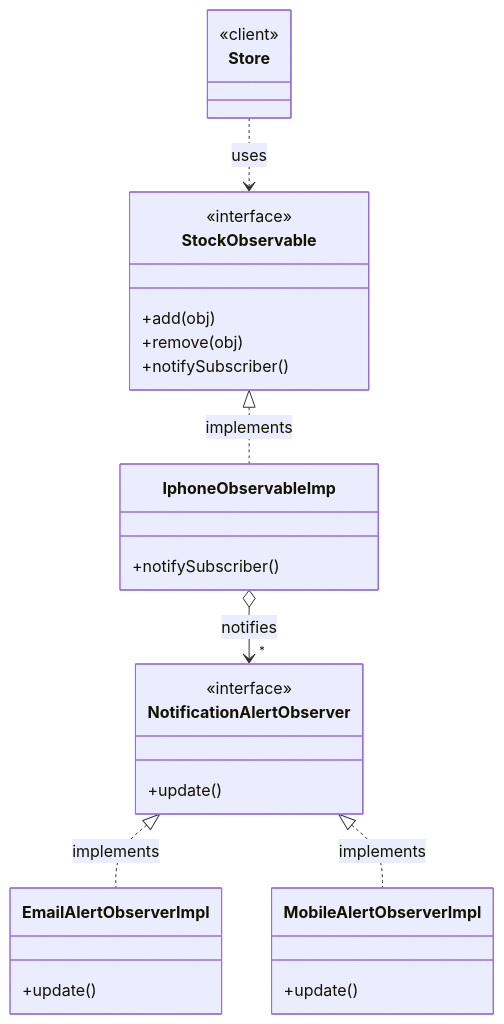
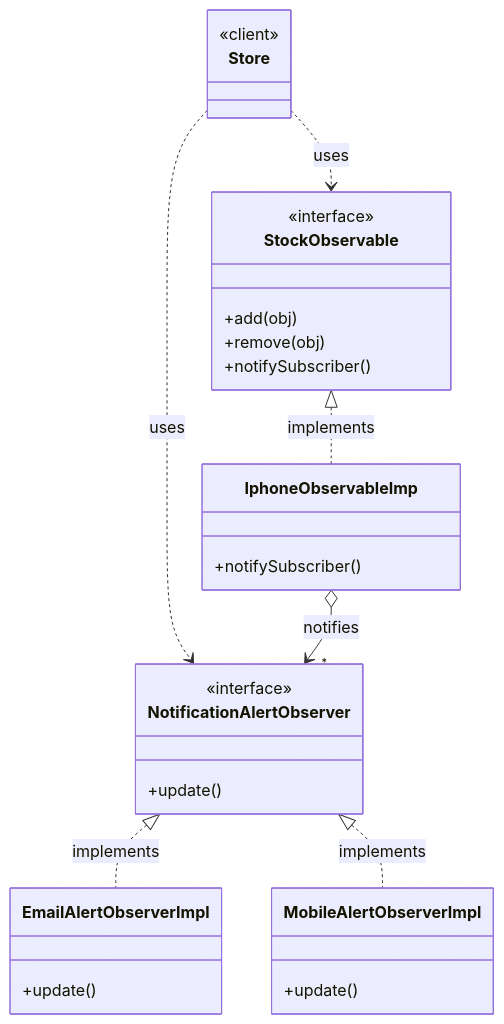
One commit to Reetesh-123/Low-Level-Design changed the diagram in src/BehavioralDesignPatterns/ObserverPattern/class-diagram.md. Above: the diagram before and after it, drawn with Mermaid. The commit also changed other lines of this file, not shown here.

First line of the commit message:
Combine top-down and side-by-side layout in Observer diagram

````diff
--- a/src/BehavioralDesignPatterns/ObserverPattern/class-diagram.md
+++ b/src/BehavioralDesignPatterns/ObserverPattern/class-diagram.md
@@ -5,38 +5,39 @@
 ```mermaid
 classDiagram
     class Store {
       <<client>>
     }
 
     class StockObservable {
       <<interface>>
       +add(obj)
       +remove(obj)
       +notifySubscriber()
     }
 
     class IphoneObservableImp {
       +notifySubscriber()
     }
 
     class NotificationAlertObserver {
       <<interface>>
       +update()
     }
 
     class EmailAlertObserverImpl {
       +update()
     }
 
     class MobileAlertObserverImpl {
       +update()
     }
 
     Store ..> StockObservable : uses
+    Store ..> NotificationAlertObserver : uses
 
     StockObservable <|.. IphoneObservableImp : implements
     NotificationAlertObserver <|.. EmailAlertObserverImpl : implements
     NotificationAlertObserver <|.. MobileAlertObserverImpl : implements
 
     IphoneObservableImp o--> "*" NotificationAlertObserver : notifies
 ```
````
